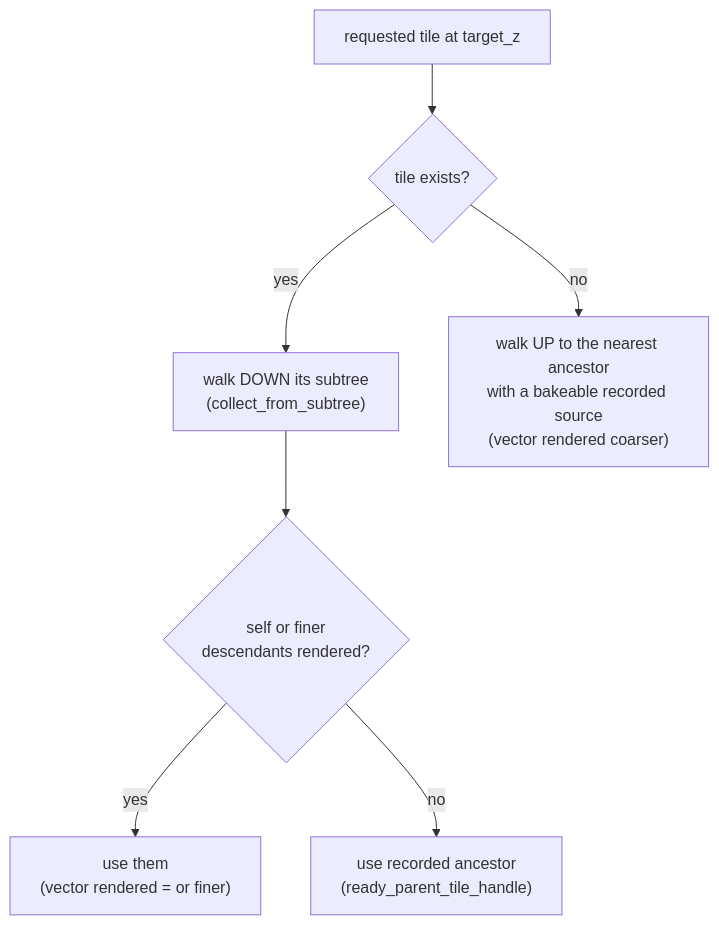
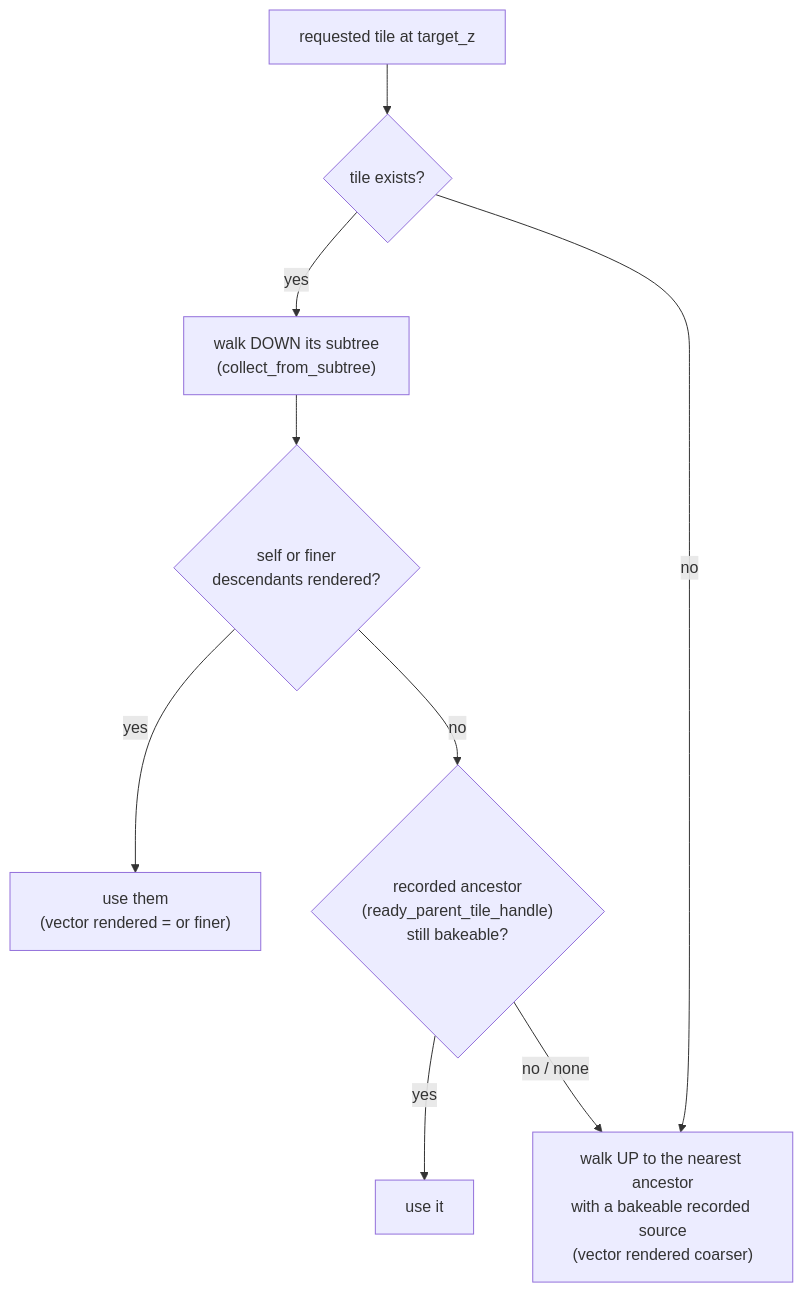
One commit to reearth/navara changed the second of 2 diagrams in guide/VECTOR_TILE_DRAPING.md. Above: the diagram before and after it, drawn with Mermaid. The commit also changed 3 other files, not shown here.

````diff
--- a/guide/VECTOR_TILE_DRAPING.md
+++ b/guide/VECTOR_TILE_DRAPING.md
@@ -128,9 +128,11 @@
 ```mermaid
 flowchart TD
   A["requested tile at target_z"] --> B{"tile exists?"}
   B -->|"yes"| C["walk DOWN its subtree<br/>(collect_from_subtree)"]
   C --> D{"self or finer<br/>descendants rendered?"}
   D -->|"yes"| E["use them<br/>(vector rendered = or finer)"]
-  D -->|"no"| F["use recorded ancestor<br/>(ready_parent_tile_handle)"]
+  D -->|"no"| F{"recorded ancestor<br/>(ready_parent_tile_handle)<br/>still bakeable?"}
+  F -->|"yes"| H["use it"]
+  F -->|"no / none"| G
   B -->|"no"| G["walk UP to the nearest ancestor<br/>with a bakeable recorded source<br/>(vector rendered coarser)"]
 ```
````
